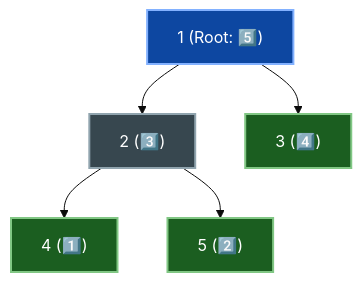
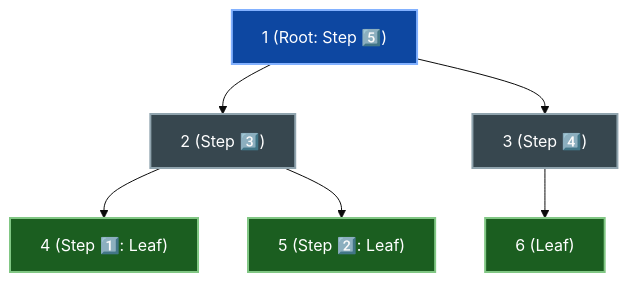
One commit to dip4k/DSA_102 changed the diagram in week_11_dp_ii_advanced/Week_11_Day_01_DP_on_Trees_Instructional.md. Above: the diagram before and after it, drawn with Mermaid (base theme). The commit also changed other lines of this file and 191 other files, not shown here.

````diff
--- a/week_11_dp_ii_advanced/Week_11_Day_01_DP_on_Trees_Instructional.md
+++ b/week_11_dp_ii_advanced/Week_11_Day_01_DP_on_Trees_Instructional.md
@@ -125,11 +79,12 @@
 ```mermaid
 flowchart TD
-    N1["1 (Root: 5️⃣)"]:::rootNode --> N2["2 (3️⃣)"]:::internalNode
-    N1 --> N3["3 (4️⃣)"]:::leafNode
-    N2 --> N4["4 (1️⃣)"]:::leafNode
-    N2 --> N5["5 (2️⃣)"]:::leafNode
+    N1["1 (Root: Step 5️⃣)"]:::rootNode --> N2["2 (Step 3️⃣)"]:::internalNode
+    N1 --> N3["3 (Step 4️⃣)"]:::internalNode
+    N2 --> N4["4 (Step 1️⃣: Leaf)"]:::leafNode
+    N2 --> N5["5 (Step 2️⃣: Leaf)"]:::leafNode
+    N3 --> N6["6 (Leaf)"]:::leafNode
 
     classDef rootNode fill:#0d47a1,stroke:#82b1ff,stroke-width:2px,color:#ffffff
     classDef internalNode fill:#37474f,stroke:#90a4ae,stroke-width:2px,color:#ffffff
     classDef leafNode fill:#1b5e20,stroke:#81c784,stroke-width:2px,color:#ffffff
 ```
````
